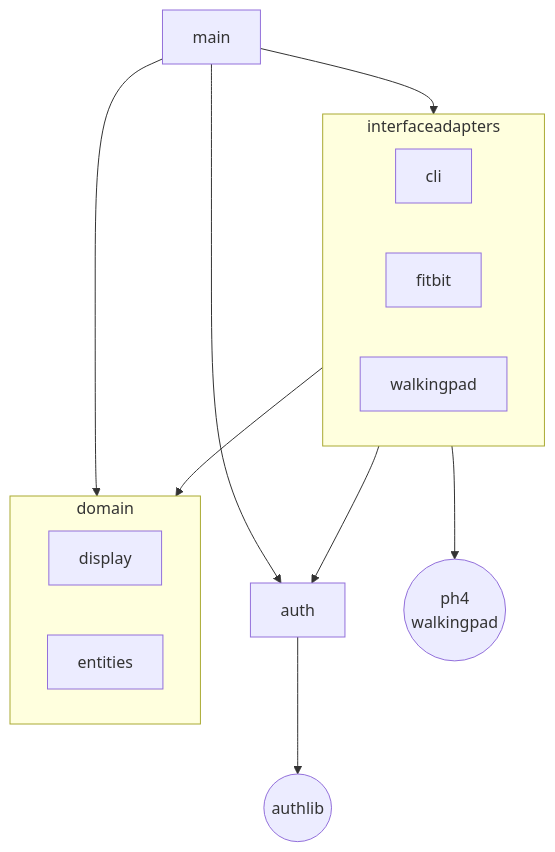
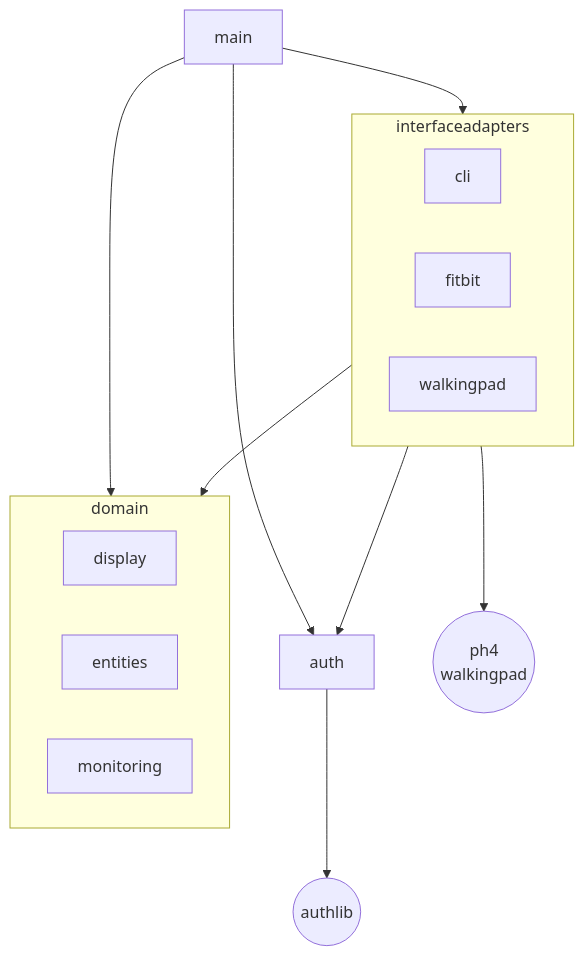
The second of 3 diagrams in docs/architecture.md (caarmen/walkingpad-fitbit), drawn with Mermaid before and after one commit. The commit also changed other lines of this file, not shown here.

Commit message:
Update architecture doc.

````diff
--- a/docs/architecture.md
+++ b/docs/architecture.md
@@ -27,27 +27,28 @@
 ```mermaid
 flowchart TD
     main
     auth
     subgraph domain
         display
         entities
+        monitoring
     end
     subgraph interfaceadapters
         cli
         fitbit
         walkingpad
     end
 
     authlib(("authlib"))
     ph4_walkingpad(("ph4<br>walkingpad"))
 
     main --> auth
     main --> domain
     main --> interfaceadapters
 
     interfaceadapters --> domain
     interfaceadapters --> auth
 
     interfaceadapters --> ph4_walkingpad
     auth --> authlib
 ```
````
